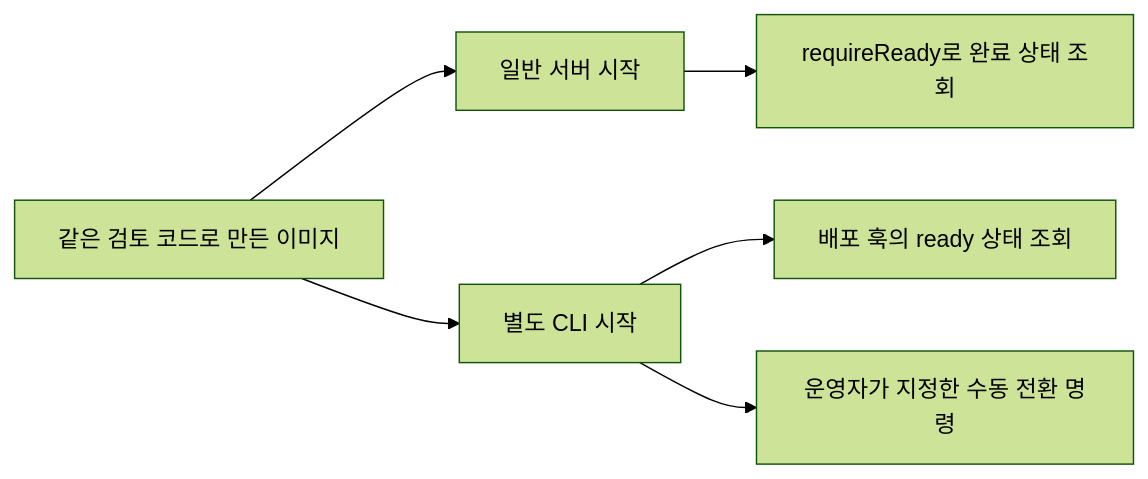
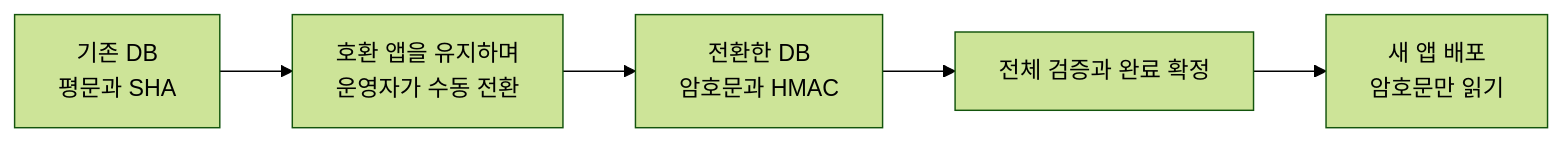
Before and after one commit to woowacourse-teams/2026-Harudle: the first of 4 diagrams in backend/docs/diary-source-text-encryption.md, drawn with Mermaid (forest theme). The commit also changed other lines of this file and 4 other files, not shown here.

````diff
--- a/backend/docs/diary-source-text-encryption.md
+++ b/backend/docs/diary-source-text-encryption.md
@@ -321,8 +8,7 @@
 ```mermaid
 flowchart LR
-    image["같은 검토 코드로 만든 이미지"] --> app["일반 서버 시작"]
-    app --> check["requireReady로 완료 상태 조회"]
-    image --> cli["별도 CLI 시작"]
-    cli --> ready["배포 훅의 ready 상태 조회"]
-    cli --> manual["운영자가 지정한 수동 전환 명령"]
+    old["기존 DB<br/>평문과 SHA"] --> manual["호환 앱을 유지하며<br/>운영자가 수동 전환"]
+    manual --> encrypted["전환한 DB<br/>암호문과 HMAC"]
+    encrypted --> checked["전체 검증과 완료 확정"]
+    checked --> app["새 앱 배포<br/>암호문만 읽기"]
 ```
````
